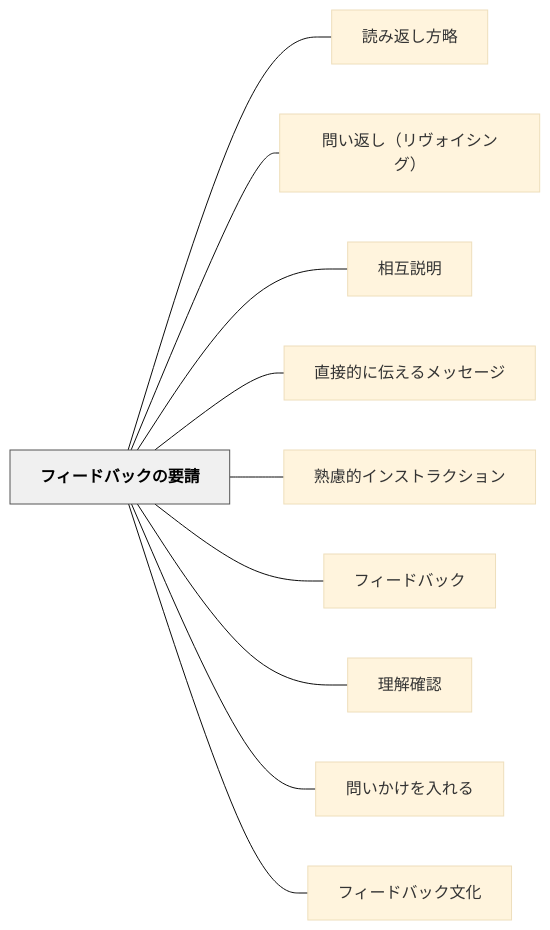
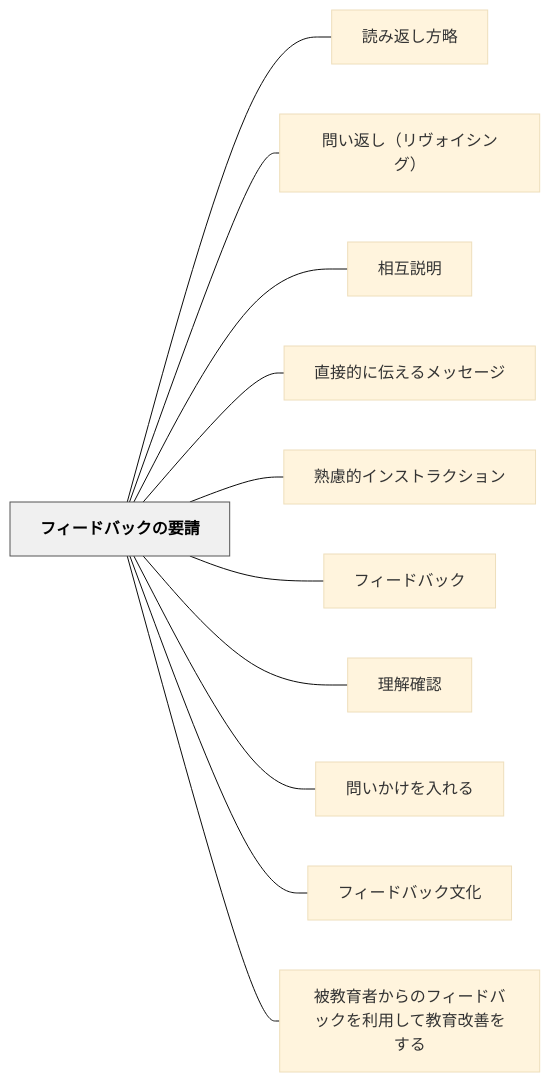
The diagram in content/パタン/フィードバックの要請.md (unknownthings-ed-patterns/unknownthings-ed-patterns), drawn with Mermaid (base theme) before and after one commit. The commit also changed other lines of this file and 27 other files, not shown here.

````diff
--- a/content/パタン/フィードバックの要請.md
+++ b/content/パタン/フィードバックの要請.md
@@ -74,26 +74,28 @@
 ```mermaid
 flowchart LR
     ne38395e382a3e383bce38389e38390e38383e382afe381aee8a681e8ab8b["フィードバックの要請"]
     ne8aaade381bfe8bf94e38197e696b9e795a5["読み返し方略"]
     ne5958fe38184e8bf94e38197efbc88e383aae383b4e382a9e382a4e382b7e383b3e382b0efbc89["問い返し（リヴォイシング）"]
     ne79bb8e4ba92e8aaace6988e["相互説明"]
     ne79bb4e68ea5e79a84e381abe4bc9de38188e3828be383a1e38383e382bbe383bce382b8["直接的に伝えるメッセージ"]
     ne7869fe685aee79a84e382a4e383b3e382b9e38388e383a9e382afe382b7e383a7e383b3["熟慮的インストラクション"]
     ne38395e382a3e383bce38389e38390e38383e382af["フィードバック"]
     ne79086e8a7a3e7a2bae8aa8d["理解確認"]
     ne5958fe38184e3818be38191e38292e585a5e3828ce3828b["問いかけを入れる"]
     ne38395e382a3e383bce38389e38390e38383e382afe69687e58c96["フィードバック文化"]
+    ne8a2abe69599e882b2e88085e3818be38289e381aee38395e382a3e383bce38389e38390e38383e382afe38292e588a9e794a8e38197e381a6e69599e882b2e694b9e59684e38292e38199e3828b["被教育者からのフィードバックを利用して教育改善をする"]
 
     ne38395e382a3e383bce38389e38390e38383e382afe381aee8a681e8ab8b --- ne8aaade381bfe8bf94e38197e696b9e795a5
     ne38395e382a3e383bce38389e38390e38383e382afe381aee8a681e8ab8b --- ne5958fe38184e8bf94e38197efbc88e383aae383b4e382a9e382a4e382b7e383b3e382b0efbc89
     ne38395e382a3e383bce38389e38390e38383e382afe381aee8a681e8ab8b --- ne79bb8e4ba92e8aaace6988e
     ne38395e382a3e383bce38389e38390e38383e382afe381aee8a681e8ab8b --- ne79bb4e68ea5e79a84e381abe4bc9de38188e3828be383a1e38383e382bbe383bce382b8
     ne38395e382a3e383bce38389e38390e38383e382afe381aee8a681e8ab8b --- ne7869fe685aee79a84e382a4e383b3e382b9e38388e383a9e382afe382b7e383a7e383b3
     ne38395e382a3e383bce38389e38390e38383e382afe381aee8a681e8ab8b --- ne38395e382a3e383bce38389e38390e38383e382af
     ne38395e382a3e383bce38389e38390e38383e382afe381aee8a681e8ab8b --- ne79086e8a7a3e7a2bae8aa8d
     ne38395e382a3e383bce38389e38390e38383e382afe381aee8a681e8ab8b --- ne5958fe38184e3818be38191e38292e585a5e3828ce3828b
     ne38395e382a3e383bce38389e38390e38383e382afe381aee8a681e8ab8b --- ne38395e382a3e383bce38389e38390e38383e382afe69687e58c96
+    ne38395e382a3e383bce38389e38390e38383e382afe381aee8a681e8ab8b --- ne8a2abe69599e882b2e88085e3818be38289e381aee38395e382a3e383bce38389e38390e38383e382afe38292e588a9e794a8e38197e381a6e69599e882b2e694b9e59684e38292e38199e3828b
 
     classDef hub fill:#f0f0f0,stroke:#555,color:#000,font-weight:bold
     class ne38395e382a3e383bce38389e38390e38383e382afe381aee8a681e8ab8b hub
 ```
````
